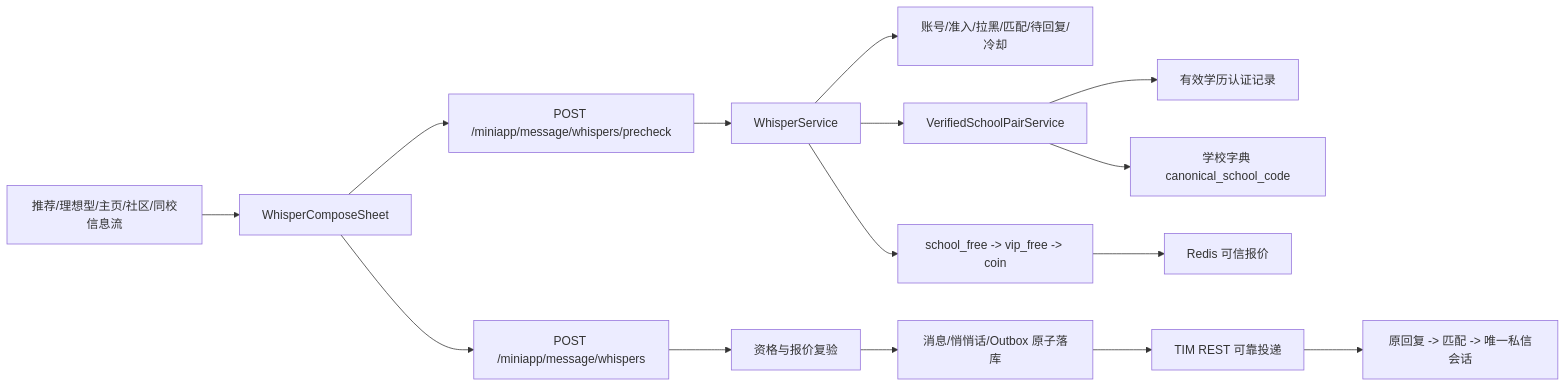
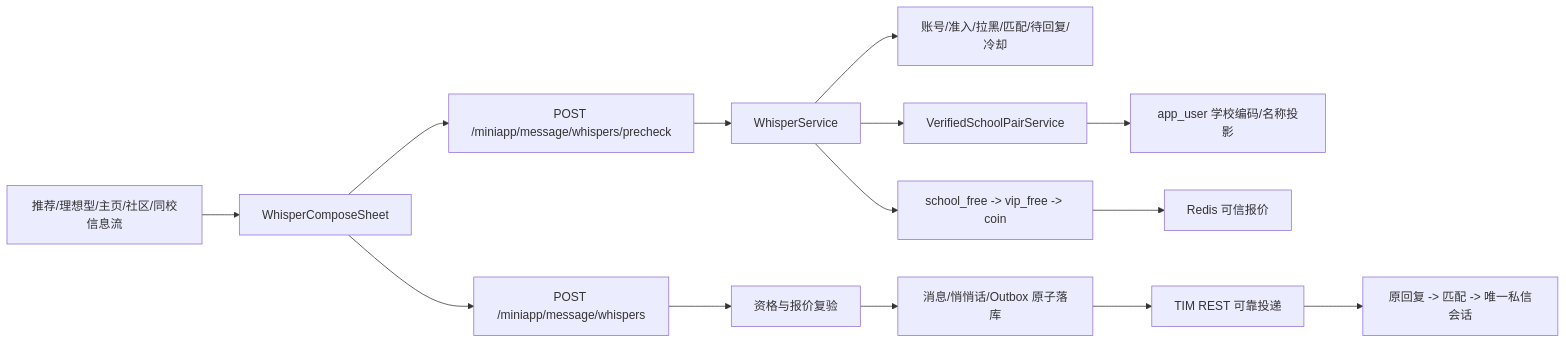
One commit to shaYuPiSpacetime/spacetime changed the first of 2 diagrams in docs/技术方案/2026-10-22-同校免费悄悄话-tcdesign.md. Above: the diagram before and after it, drawn with Mermaid. The commit also changed other lines of this file and 3 other files, not shown here.

````diff
--- a/docs/技术方案/2026-10-22-同校免费悄悄话-tcdesign.md
+++ b/docs/技术方案/2026-10-22-同校免费悄悄话-tcdesign.md
@@ -111,17 +111,16 @@
 ```mermaid
 flowchart LR
     ENTRY["推荐/理想型/主页/社区/同校信息流"] --> SHEET["WhisperComposeSheet"]
     SHEET --> PRE["POST /miniapp/message/whispers/precheck"]
     PRE --> WS["WhisperService"]
     WS --> ACCESS["账号/准入/拉黑/匹配/待回复/冷却"]
     WS --> SCHOOL["VerifiedSchoolPairService"]
-    SCHOOL --> AUDIT["有效学历认证记录"]
-    SCHOOL --> DICT["学校字典 canonical_school_code"]
+    SCHOOL --> PROFILE["app_user 学校编码/名称投影"]
     WS --> PAY["school_free -> vip_free -> coin"]
     PAY --> QUOTE["Redis 可信报价"]
     SHEET --> CREATE["POST /miniapp/message/whispers"]
     CREATE --> RECHECK["资格与报价复验"]
     RECHECK --> DB["消息/悄悄话/Outbox 原子落库"]
     DB --> TIM["TIM REST 可靠投递"]
     TIM --> REPLY["原回复 -> 匹配 -> 唯一私信会话"]
 ```
````
